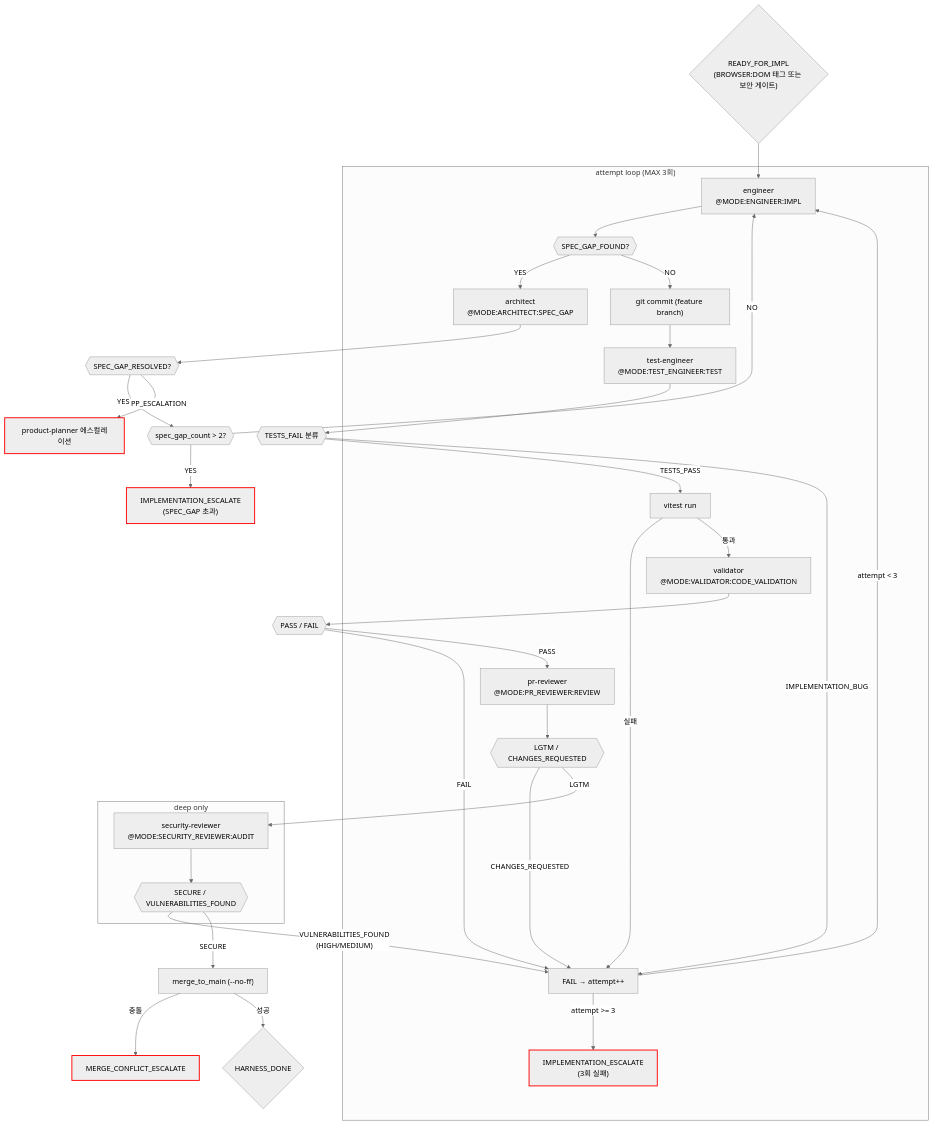
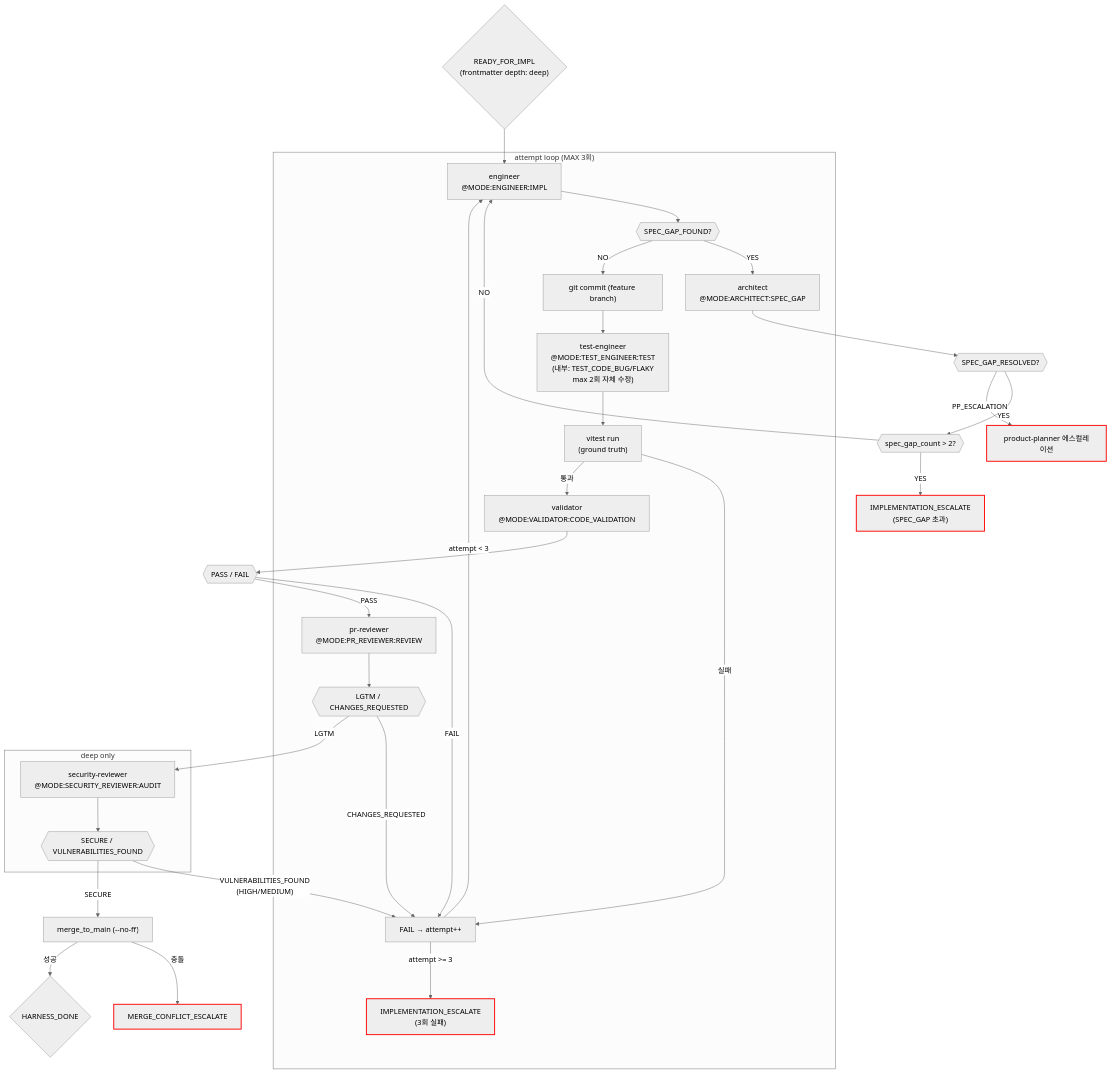
Before and after one commit to alruminum/ClaudeCodeAgentPrompt: the diagram in orchestration/impl_deep.md, drawn with Mermaid (neutral theme). The commit also changed other lines of this file and 10 other files, not shown here.

First line of the commit message:
fix(harness): 전수조사 12건 수정 — 마커 파싱·다이어그램·폐기 참조 정리

````diff
--- a/orchestration/impl_deep.md
+++ b/orchestration/impl_deep.md
@@ -20,62 +20,60 @@
 ```mermaid
 flowchart TD
-    RFI{"READY_FOR_IMPL\n(BROWSER:DOM 태그 또는 보안 게이트)"}
+    RFI{"READY_FOR_IMPL\n(frontmatter depth: deep)"}
 
     subgraph ATTEMPT_LOOP["attempt loop (MAX 3회)"]
         ENG["engineer\n@MODE:ENGINEER:IMPL"]
         SPEC_CHK{{"SPEC_GAP_FOUND?"}}
         ARC_SG["architect\n@MODE:ARCHITECT:SPEC_GAP"]
         COMMIT_EARLY["git commit (feature branch)"]
-        TE["test-engineer\n@MODE:TEST_ENGINEER:TEST"]
-        VITEST["vitest run"]
+        TE["test-engineer\n@MODE:TEST_ENGINEER:TEST\n(내부: TEST_CODE_BUG/FLAKY\nmax 2회 자체 수정)"]
+        VITEST["vitest run\n(ground truth)"]
         VAL_CV["validator\n@MODE:VALIDATOR:CODE_VALIDATION"]
         PR_REV["pr-reviewer\n@MODE:PR_REVIEWER:REVIEW"]
         PR_RESULT{{"LGTM / CHANGES_REQUESTED"}}
         FAIL_ROUTE["FAIL → attempt++"]
         IMPL_ESC["IMPLEMENTATION_ESCALATE\n(3회 실패)"]:::escalation
     end
 
     subgraph DEEP_ONLY["deep only"]
         SEC_REV["security-reviewer\n@MODE:SECURITY_REVIEWER:AUDIT"]
         SEC_RESULT{{"SECURE / VULNERABILITIES_FOUND"}}
     end
 
     MERGE["merge_to_main (--no-ff)"]
     MCE["MERGE_CONFLICT_ESCALATE"]:::escalation
     HD{"HARNESS_DONE"}
 
     RFI --> ENG
     ENG --> SPEC_CHK
     SPEC_CHK -->|YES| ARC_SG
     ARC_SG --> SG_RESULT{{"SPEC_GAP_RESOLVED?"}}
     SG_RESULT -->|YES| SG_LIMIT{{"spec_gap_count > 2?"}}
     SG_LIMIT -->|NO| ENG
     SG_LIMIT -->|YES| IMPL_ESC_SG["IMPLEMENTATION_ESCALATE\n(SPEC_GAP 초과)"]:::escalation
     SG_RESULT -->|PP_ESCALATION| PP_ESC["product-planner 에스컬레이션"]:::escalation
 
     SPEC_CHK -->|NO| COMMIT_EARLY
     COMMIT_EARLY --> TE
-    TE --> TF_CHK{{"TESTS_FAIL 분류"}}
-    TF_CHK -->|TESTS_PASS| VITEST
-    TF_CHK -->|IMPLEMENTATION_BUG| FAIL_ROUTE
+    TE --> VITEST
     VITEST -->|실패| FAIL_ROUTE
     VITEST -->|통과| VAL_CV
     VAL_CV --> VAL_RESULT{{"PASS / FAIL"}}
     VAL_RESULT -->|FAIL| FAIL_ROUTE
     VAL_RESULT -->|PASS| PR_REV
     PR_REV --> PR_RESULT
     PR_RESULT -->|CHANGES_REQUESTED| FAIL_ROUTE
     PR_RESULT -->|LGTM| SEC_REV
 
     SEC_REV --> SEC_RESULT
     SEC_RESULT -->|"VULNERABILITIES_FOUND\n(HIGH/MEDIUM)"| FAIL_ROUTE
     SEC_RESULT -->|SECURE| MERGE
 
     FAIL_ROUTE -->|"attempt < 3"| ENG
     FAIL_ROUTE -->|"attempt >= 3"| IMPL_ESC
 
     MERGE -->|충돌| MCE
     MERGE -->|성공| HD
 
     classDef escalation stroke:#f00,stroke-width:2px
 ```
````
